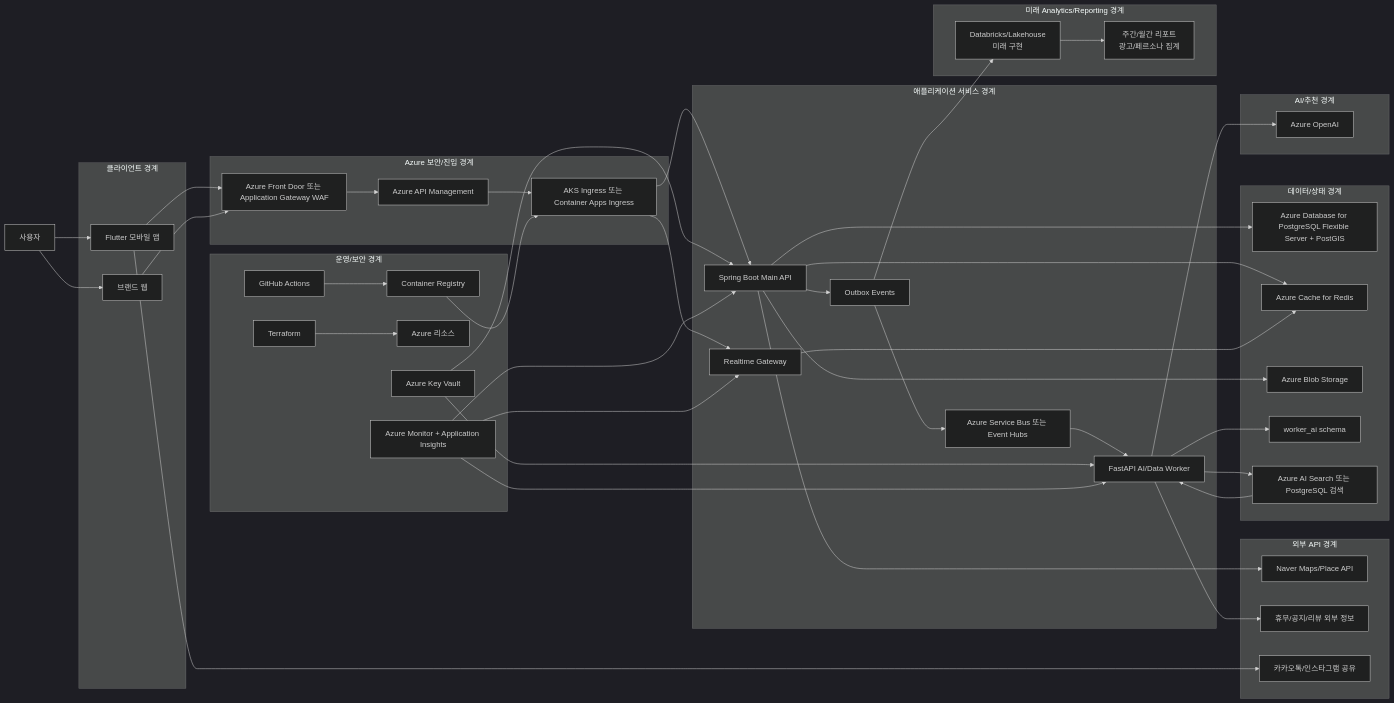
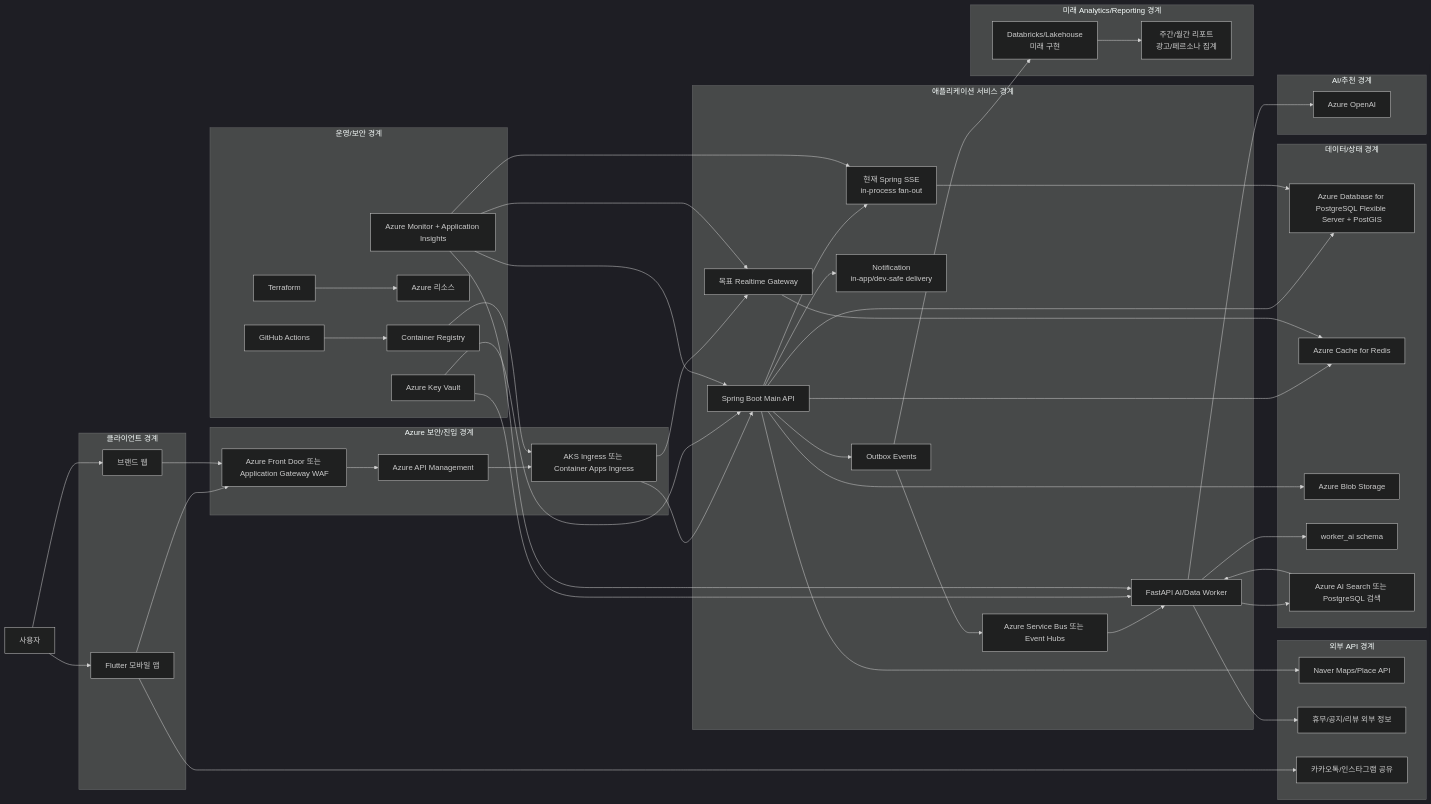
Before and after one commit to Onieum/ONMU: the first of 3 diagrams in docs/architecture/current-architecture-diagram.md, drawn with Mermaid (dark theme). The commit also changed other lines of this file and 6 other files, not shown here.

Commit message:
docs(infra): SCRUM-5 document current target architecture (#147)

````diff
--- a/docs/architecture/current-architecture-diagram.md
+++ b/docs/architecture/current-architecture-diagram.md
@@ -33,62 +33,66 @@
 ```mermaid
 flowchart LR
     user["사용자"] --> mobile["Flutter 모바일 앱"]
     user --> web["브랜드 웹"]
 
     subgraph client["클라이언트 경계"]
         mobile
         web
     end
 
     mobile --> edge["Azure Front Door 또는 Application Gateway WAF"]
     web --> edge
 
     subgraph azureEdge["Azure 보안/진입 경계"]
         edge --> apim["Azure API Management"]
         apim --> ingress["AKS Ingress 또는 Container Apps Ingress"]
     end
 
     subgraph app["애플리케이션 서비스 경계"]
         ingress --> mainApi["Spring Boot Main API"]
-        ingress --> realtime["Realtime Gateway"]
+        mainApi --> currentSse["현재 Spring SSE\nin-process fan-out"]
+        ingress --> realtime["목표 Realtime Gateway"]
+        mainApi --> notificationApi["Notification\nin-app/dev-safe delivery"]
         mainApi --> outbox["Outbox Events"]
         outbox --> bus["Azure Service Bus 또는 Event Hubs"]
         bus --> worker["FastAPI AI/Data Worker"]
     end
 
     subgraph data["데이터/상태 경계"]
         mainApi --> postgres["Azure Database for PostgreSQL Flexible Server + PostGIS"]
         mainApi --> redis["Azure Cache for Redis"]
         mainApi --> blob["Azure Blob Storage"]
+        currentSse --> postgres
         realtime --> redis
         worker --> workerSchema["worker_ai schema"]
         worker --> search["Azure AI Search 또는 PostgreSQL 검색"]
     end
 
     subgraph ai["AI/추천 경계"]
         worker --> openai["Azure OpenAI"]
         search --> worker
     end
 
     subgraph analytics["미래 Analytics/Reporting 경계"]
         outbox --> lakehouse["Databricks/Lakehouse\n미래 구현"]
         lakehouse --> reports["주간/월간 리포트\n광고/페르소나 집계"]
     end
 
     subgraph external["외부 API 경계"]
         mainApi --> naver["Naver Maps/Place API"]
         worker --> publicInfo["휴무/공지/리뷰 외부 정보"]
         mobile --> share["카카오톡/인스타그램 공유"]
     end
 
     subgraph ops["운영/보안 경계"]
         github["GitHub Actions"] --> registry["Container Registry"]
         registry --> ingress
         terraform["Terraform"] --> azureInfra["Azure 리소스"]
         keyvault["Azure Key Vault"] --> mainApi
         keyvault --> worker
         monitor["Azure Monitor + Application Insights"] --> mainApi
         monitor --> worker
+        monitor --> currentSse
         monitor --> realtime
     end
 ```
````
